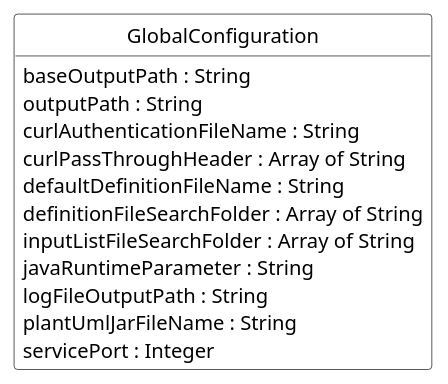
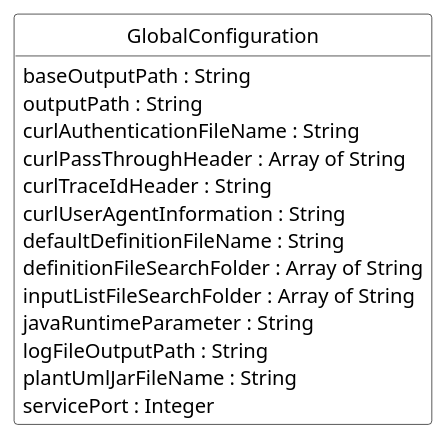
The diagram in documentation/models/globalconfigurationfile/globalconfigurationfile.puml (jfudickar/json2puml), drawn with PlantUML before and after one commit. The commit also changed 3 other files, not shown here.

```diff
--- a/documentation/models/globalconfigurationfile/globalconfigurationfile.puml
+++ b/documentation/models/globalconfigurationfile/globalconfigurationfile.puml
@@ -1,28 +1,30 @@
 @startuml
 hide circle
 hide methods
 hide stereotype
 show <<Enumeration>> stereotype
 skinparam class {
    BackgroundColor<<Enumeration>> #E6F5F7
    BackgroundColor<<Ref>> #FFFFE0
    BackgroundColor<<Pivot>> #FFFFFFF
    BackgroundColor #FCF2E3
 }
 
 class GlobalConfiguration <<Pivot>>{
 	baseOutputPath : String
 	outputPath : String
    curlAuthenticationFileName : String
    curlPassThroughHeader : Array of String
+   curlTraceIdHeader : String
+   curlUserAgentInformation : String
    defaultDefinitionFileName : String
    definitionFileSearchFolder : Array of String
    inputListFileSearchFolder : Array of String
    javaRuntimeParameter : String
    logFileOutputPath : String
    plantUmlJarFileName : String
    servicePort : Integer
 }
 
 
 @enduml
```
